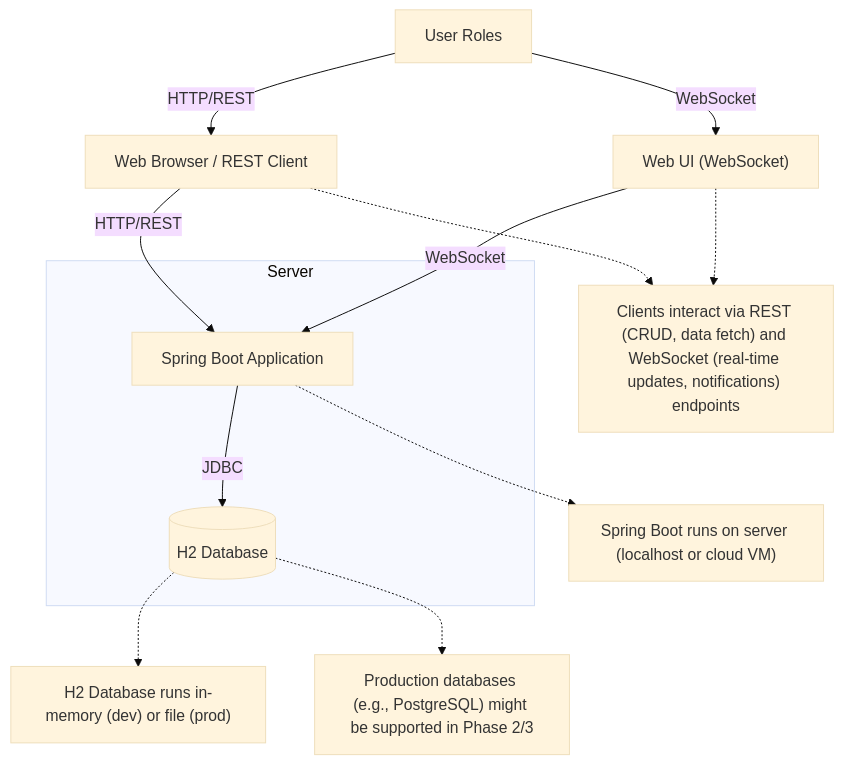
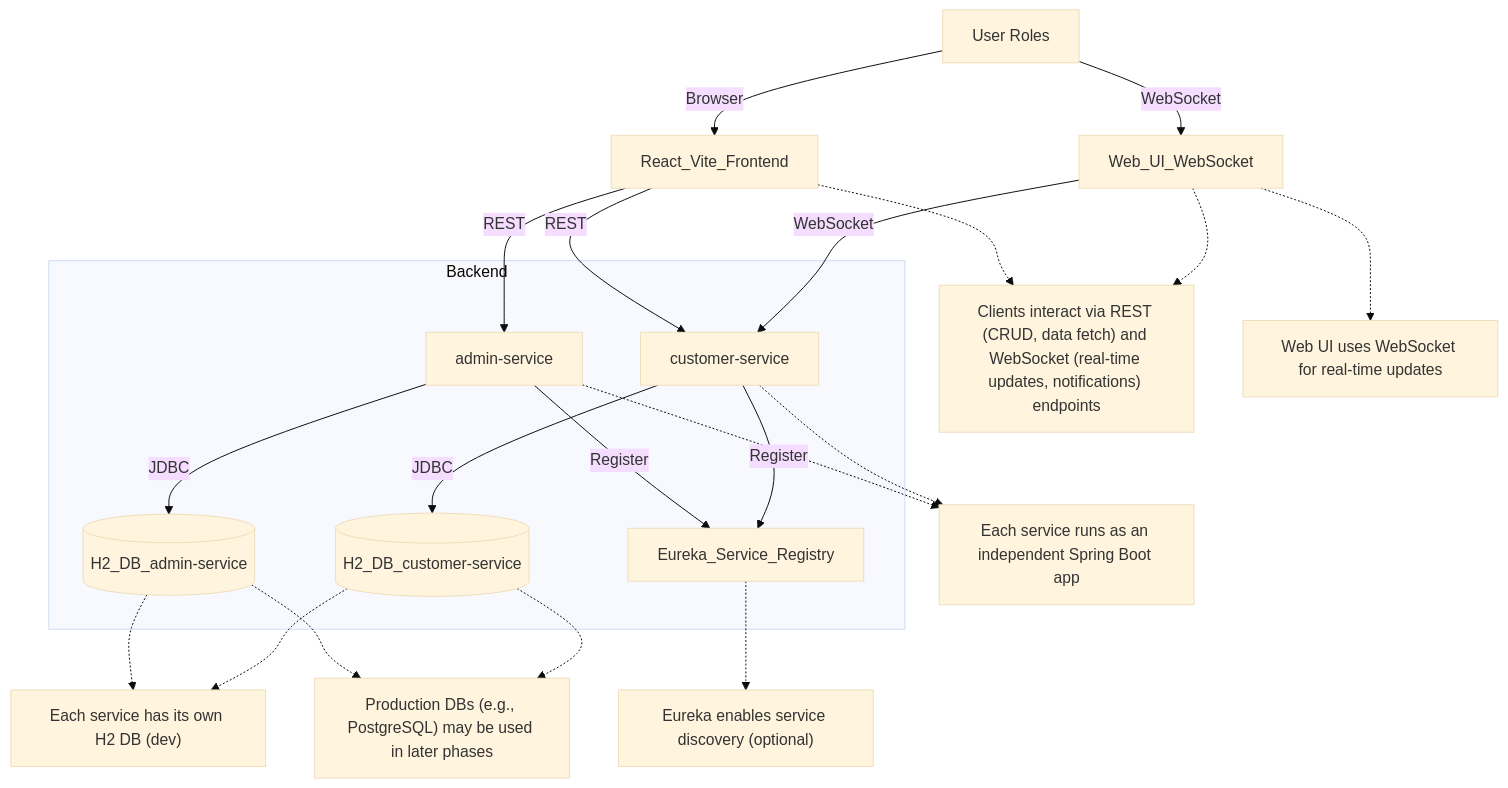
One commit to Sherry19971998/restaurant_management_system changed the second of 3 diagrams in README.md. Above: the diagram before and after it, drawn with Mermaid (base theme). The commit also changed other lines of this file and 267 other files, not shown here.

Commit message:
microsevices admin customer

````diff
--- a/README.md
+++ b/README.md
@@ -446,30 +526,47 @@
 ```mermaid
 graph TD
-    User[User Roles]
-    App[Spring Boot Application]
-    DB[(H2 Database)]
-    Browser[Web Browser / REST Client]
-    WebUI["Web UI (WebSocket)"]
-    
-    User -->|HTTP/REST| Browser
-    User -->|WebSocket| WebUI
-    WebUI -->|WebSocket| App
-    Browser -->|HTTP/REST| App
-    App -->|JDBC| DB
-    
-    subgraph Server
-        App
-        DB
-    end
-    
-    note1["Spring Boot runs on server (localhost or cloud VM)"]
-    note2["H2 Database runs in-memory (dev) or file (prod)"]
-    note3["Clients interact via REST (CRUD, data fetch) and WebSocket (real-time updates, notifications) endpoints"]
-    note4["Production databases (e.g., PostgreSQL) might be supported in Phase 2/3"]
-    
-    App -.-> note1
-    DB -.-> note2
-    Browser -.-> note3
-    WebUI -.-> note3
-    DB -.-> note4
+  User[User Roles]
+  Frontend[React_Vite_Frontend]
+  WebUI[Web_UI_WebSocket]
+  AdminSvc[admin-service]
+  CustomerSvc[customer-service]
+  Eureka[Eureka_Service_Registry]
+  AdminDB[(H2_DB_admin-service)]
+  CustomerDB[(H2_DB_customer-service)]
+
+  User -->|Browser| Frontend
+  User -->|WebSocket| WebUI
+  Frontend -->|REST| AdminSvc
+  Frontend -->|REST| CustomerSvc
+  WebUI -->|WebSocket| CustomerSvc
+  AdminSvc -->|JDBC| AdminDB
+  CustomerSvc -->|JDBC| CustomerDB
+  AdminSvc -->|Register| Eureka
+  CustomerSvc -->|Register| Eureka
+
+  subgraph Backend
+    AdminSvc
+    CustomerSvc
+    AdminDB
+    CustomerDB
+    Eureka
+  end
+
+  note1["Each service runs as an independent Spring Boot app"]
+  note2["Each service has its own H2 DB (dev)"]
+  note3["Clients interact via REST (CRUD, data fetch) and WebSocket (real-time updates, notifications) endpoints"]
+  note4["Web UI uses WebSocket for real-time updates"]
+  note5["Eureka enables service discovery (optional)"]
+  note6["Production DBs (e.g., PostgreSQL) may be used in later phases"]
+
+  AdminSvc -.-> note1
+  CustomerSvc -.-> note1
+  AdminDB -.-> note2
+  CustomerDB -.-> note2
+  Frontend -.-> note3
+  WebUI -.-> note3
+  WebUI -.-> note4
+  Eureka -.-> note5
+  AdminDB -.-> note6
+  CustomerDB -.-> note6
 ```
````
